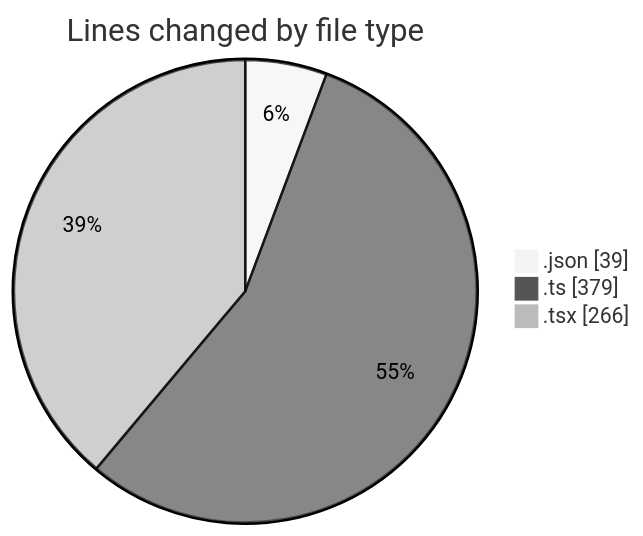
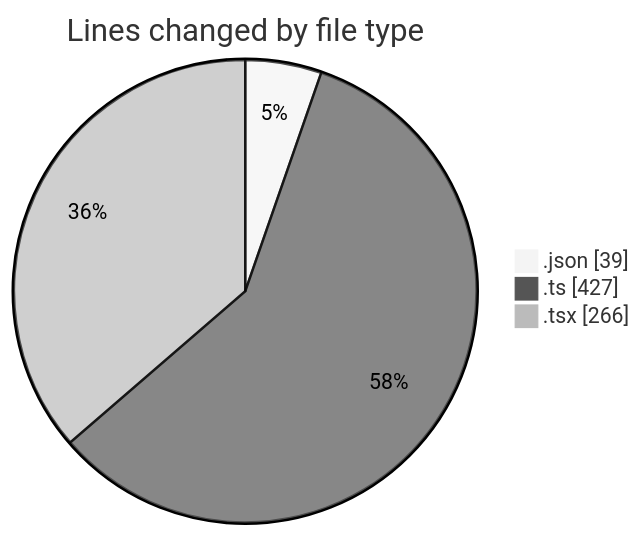
The first of 2 diagrams in 2025-09-13/napxuvn/README.md (lephambinh05/code-tracking), drawn with Mermaid (neutral theme) before and after one commit. The commit also changed other lines of this file and 1 other file, not shown here.

````diff
--- a/2025-09-13/napxuvn/README.md
+++ b/2025-09-13/napxuvn/README.md
@@ -26,7 +26,7 @@
 ```mermaid
 pie showData
 title Lines changed by file type
 ".json" : 39
-".ts" : 379
+".ts" : 427
 ".tsx" : 266
 ```
````
